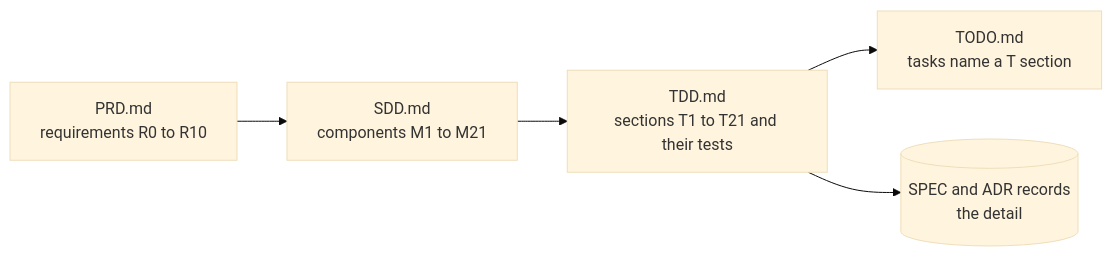
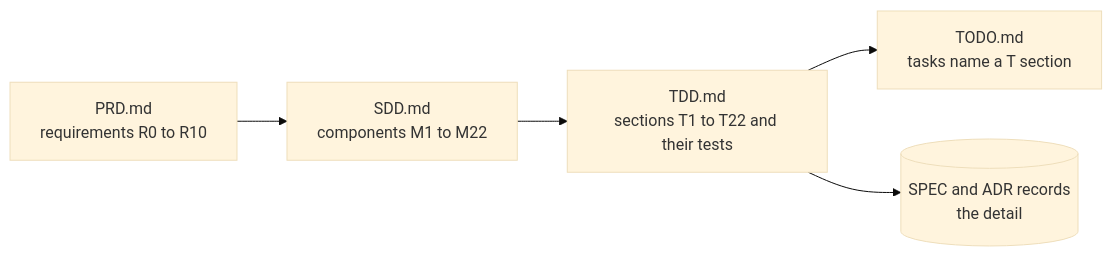
One commit to kesokaj/fyr changed the second of 2 diagrams in README.md. Above: the diagram before and after it, drawn with Mermaid (base theme). The commit also changed other lines of this file and 186 other files, not shown here.

````diff
--- a/README.md
+++ b/README.md
@@ -324,7 +320,7 @@
 ```mermaid
 flowchart LR
-  prd["PRD.md<br/>requirements R0 to R10"] --> sdd["SDD.md<br/>components M1 to M21"]
-  sdd --> tdd["TDD.md<br/>sections T1 to T21 and their tests"]
+  prd["PRD.md<br/>requirements R0 to R10"] --> sdd["SDD.md<br/>components M1 to M22"]
+  sdd --> tdd["TDD.md<br/>sections T1 to T22 and their tests"]
   tdd --> todo["TODO.md<br/>tasks name a T section"]
   tdd --> records[("SPEC and ADR records<br/>the detail")]
 ```
````
